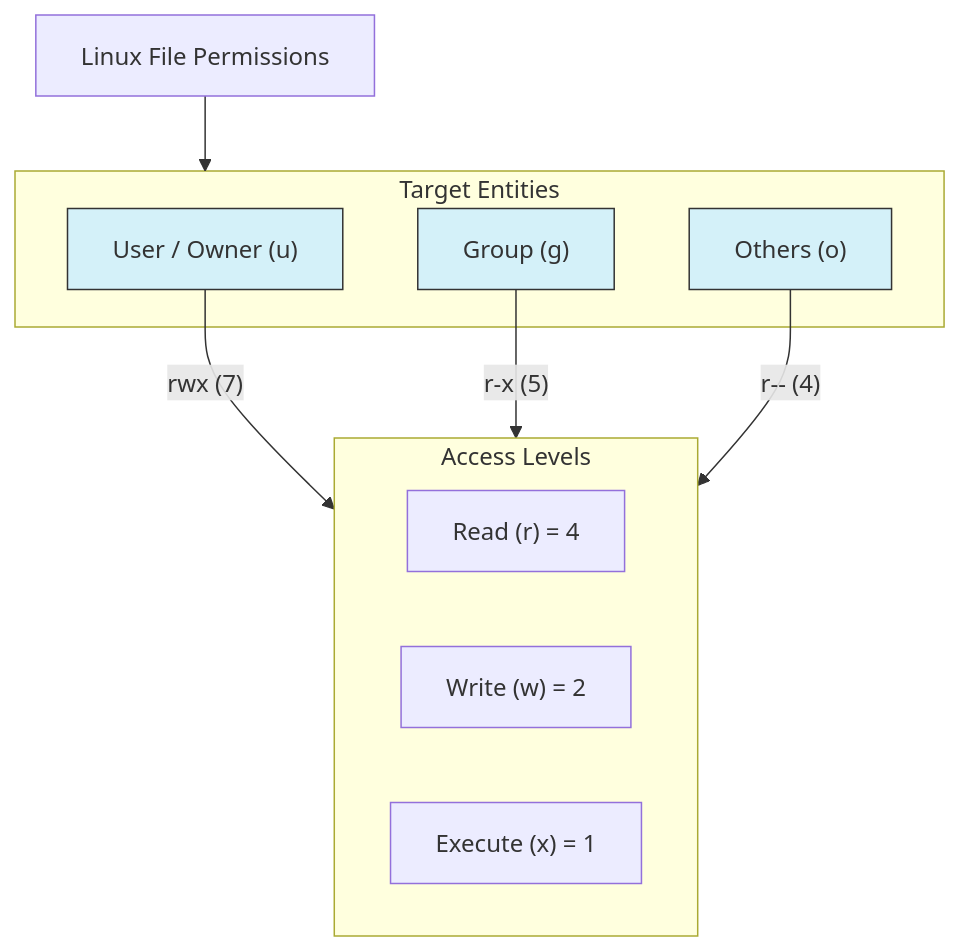
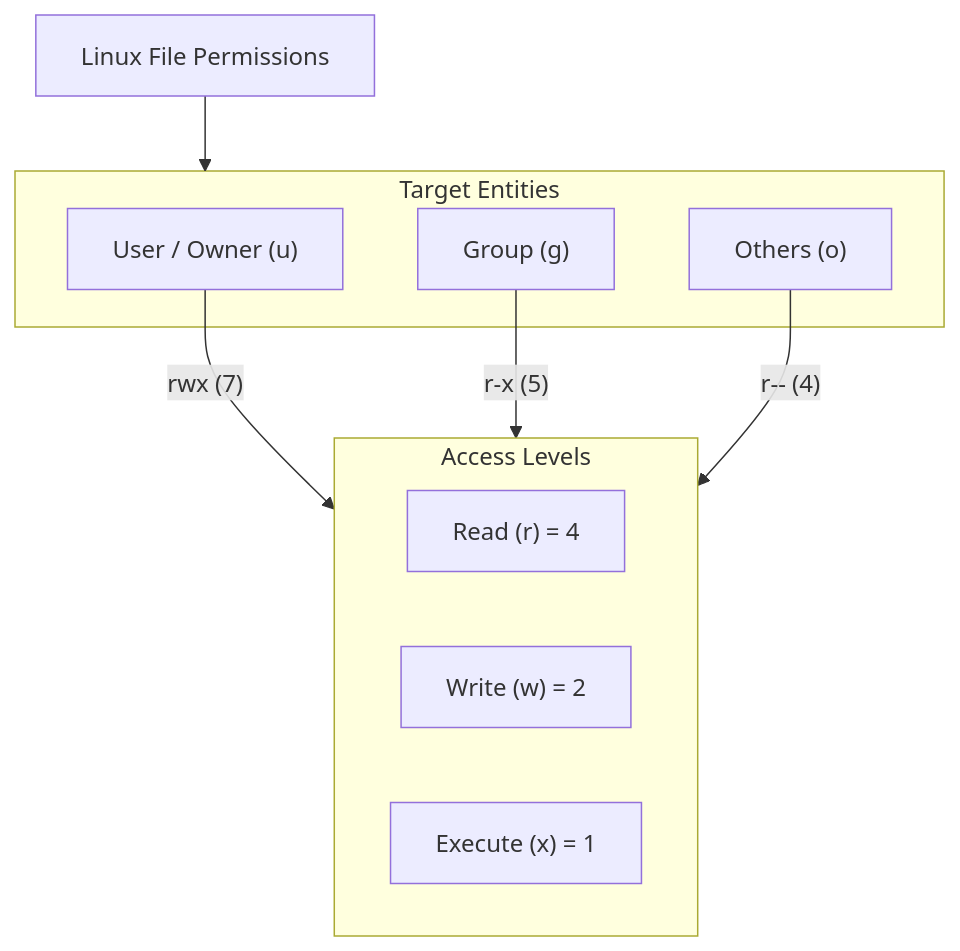
One commit to arira-ai/ar_linux changed the third of 3 diagrams in 01-filesystem-basics/01-filesystem-basics.md. Above: the diagram before and after it, drawn with Mermaid.

````diff
--- a/01-filesystem-basics/01-filesystem-basics.md
+++ b/01-filesystem-basics/01-filesystem-basics.md
@@ -135,31 +135,26 @@
 ```mermaid
 flowchart TD
     %% Define Root Node
     FILE["Linux File Permissions"]
 
     %% Grouping by Entity
     subgraph Entities ["Target Entities"]
         U["User / Owner (u)"]
         G["Group (g)"]
         O["Others (o)"]
     end
 
     %% Grouping by Permission Type
     subgraph Actions ["Access Levels"]
         R["Read (r) = 4"]
         W["Write (w) = 2"]
         X["Execute (x) = 1"]
     end
 
     %% Mapping the specific example (754)
     FILE --> Entities
     
     U -- "rwx (7)" --> Actions
     G -- "r-x (5)" --> Actions
     O -- "r-- (4)" --> Actions
-
-    %% Visual Styling
-    style U fill:#d4f1f9,stroke:#333
-    style G fill:#d4f1f9,stroke:#333
-    style O fill:#d4f1f9,stroke:#333
 ```
````
